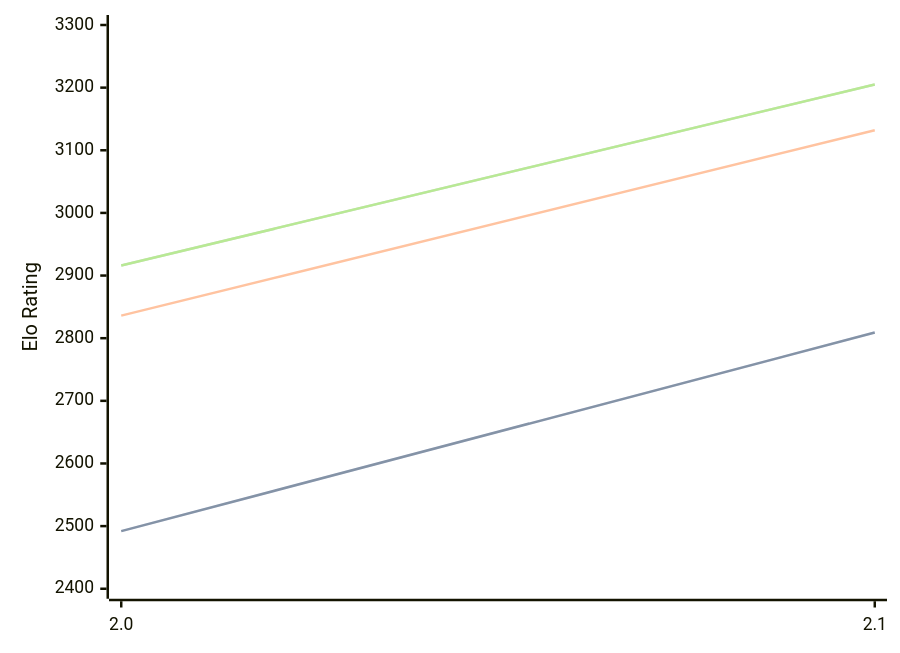
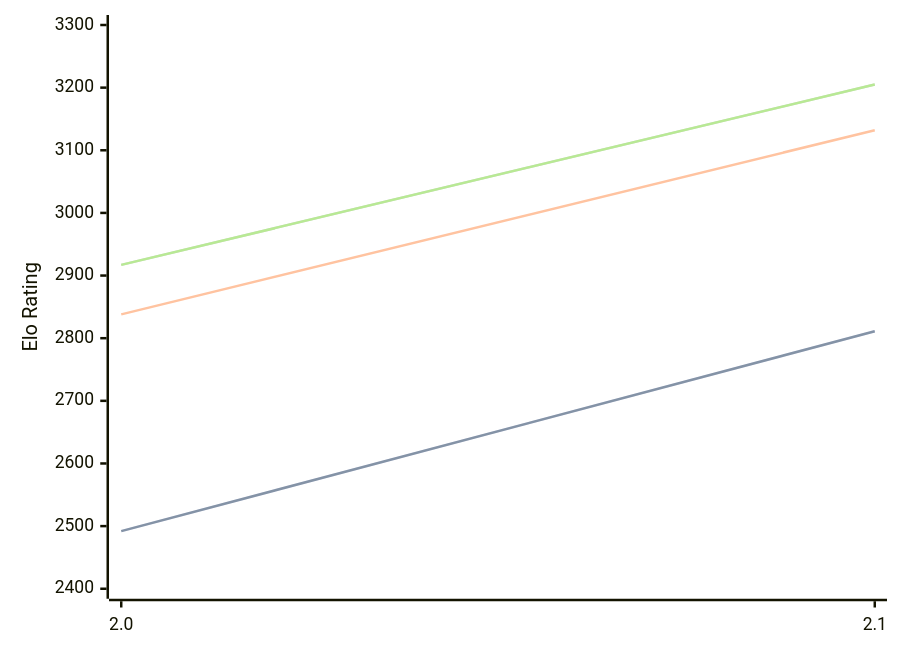
The diagram in engines/Tunguska.md (computer-chess-index/cci), drawn with Mermaid before and after one commit. The commit also changed other lines of this file, not shown here.

Commit message:
Update CCI Ratings (ELO VLTC) - 2026-07-23

````diff
--- a/engines/Tunguska.md
+++ b/engines/Tunguska.md
@@ -32,11 +32,11 @@
 ```mermaid
 %%{init: {"theme":"base","themeVariables":{"seriesColors:['#a3a3a3','#222221','#faa371']}}}%%
 xychart-beta
   x-axis ["2.0", "2.1"]
   y-axis "Elo Rating" 2400 --> 3300
-  line "STC (8.0+0.08s)" [2492, 2809]
-  line "STC (8.0+0.08s)" [2492, 2809]
-  line "LTC (60.0+0.60s)" [2836, 3132]
-  line "VLTC (2m24s+1.12s)" [2916, 3205]
-  line "VLTC (2m24s+1.12s)" [2916, 3205]
+  line "STC (8.0+0.08s)" [2492, 2811]
+  line "STC (8.0+0.08s)" [2492, 2811]
+  line "LTC (60.0+0.60s)" [2838, 3132]
+  line "VLTC (2m24s+1.12s)" [2917, 3205]
+  line "VLTC (2m24s+1.12s)" [2917, 3205]
 ```
````
